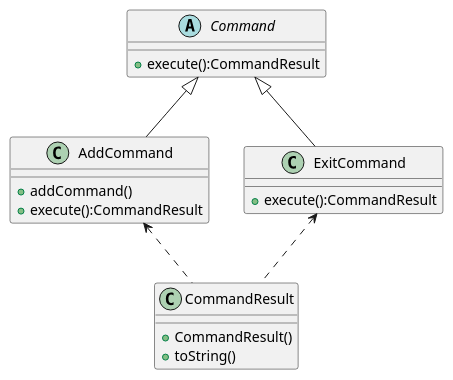
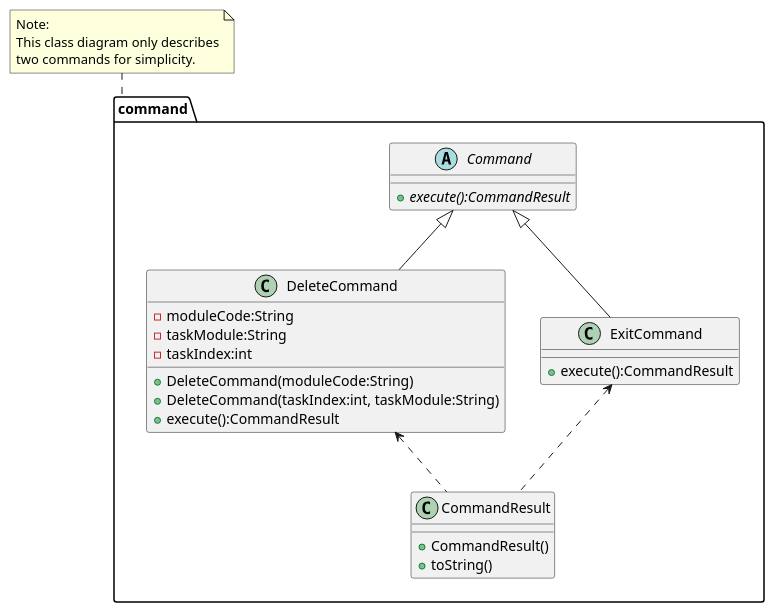
One commit to nus-cs2113-AY2122S2/tp changed the diagram in docs/CommandClassDiagram.puml. Above: the diagram before and after it, drawn with PlantUML. The commit also changed 1 other file, not shown here.

Commit message:
Add Command to DG

```diff
--- a/docs/CommandClassDiagram.puml
+++ b/docs/CommandClassDiagram.puml
@@ -1,30 +1,42 @@
 @startuml
 'https://plantuml.com/class-diagram
+package command {
+    abstract class Command
+    class DeleteCommand
 
-abstract class Command
-class AddCommand
+    Command <|-- DeleteCommand
+    Command <|-- ExitCommand
+    DeleteCommand <.. CommandResult
+    ExitCommand <.. CommandResult
 
-Command <|-- AddCommand
-Command <|-- ExitCommand
-AddCommand <.. CommandResult
-ExitCommand <.. CommandResult
+    abstract class Command {
+        +execute():CommandResult {abstract}
+    }
 
-abstract class Command {
-+execute():CommandResult
+    class DeleteCommand {
+    -moduleCode:String
+    -taskModule:String
+    -taskIndex:int
+    +DeleteCommand(moduleCode:String)
+    +DeleteCommand(taskIndex:int, taskModule:String)
+    +execute():CommandResult
+    }
+
+
+    class ExitCommand {
+    +execute():CommandResult
+    }
+
+    class CommandResult {
+    +CommandResult()
+    +toString()
+    }
 }
 
-class AddCommand {
-+addCommand()
-+execute():CommandResult
-}
-
-class ExitCommand {
-+execute():CommandResult
-}
-
-class CommandResult {
-+CommandResult()
-+toString()
-}
+note top of command
+Note:
+This class diagram only describes
+two commands for simplicity.
+end note
 
 @enduml
```
